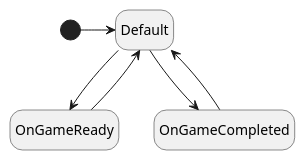
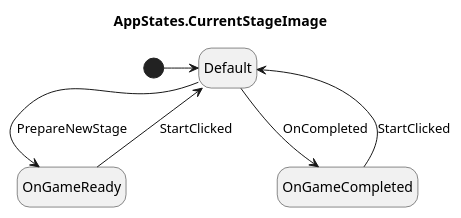
One commit to tatsuya19871219/MauiSlidePuzzle changed the fourth of 4 diagrams in uml/MauiSlidePuzzle.puml. Above: the diagram before and after it, drawn with PlantUML. The commit also changed other lines of this file and 2 other files, not shown here.

Commit message:
Fix visual state transitions and update transition diagrams.

```diff
--- a/uml/MauiSlidePuzzle.puml
+++ b/uml/MauiSlidePuzzle.puml
@@ -158,10 +159,9 @@
 @startuml AppStates.CurrentStageImage
+title AppStates.CurrentStageImage
 hide empty description
 [*] -> Default
-Default --> OnGameReady
-OnGameReady --> Default
-'OnGameReady --> OnGamePlay
-'OnGamePlay -> OnGameCompleted
-OnGameCompleted --> Default
-Default --> OnGameCompleted
+Default --> OnGameReady : PrepareNewStage
+OnGameReady --> Default : StartClicked
+Default --> OnGameCompleted : OnCompleted
+OnGameCompleted --> Default : StartClicked
 @enduml
```
